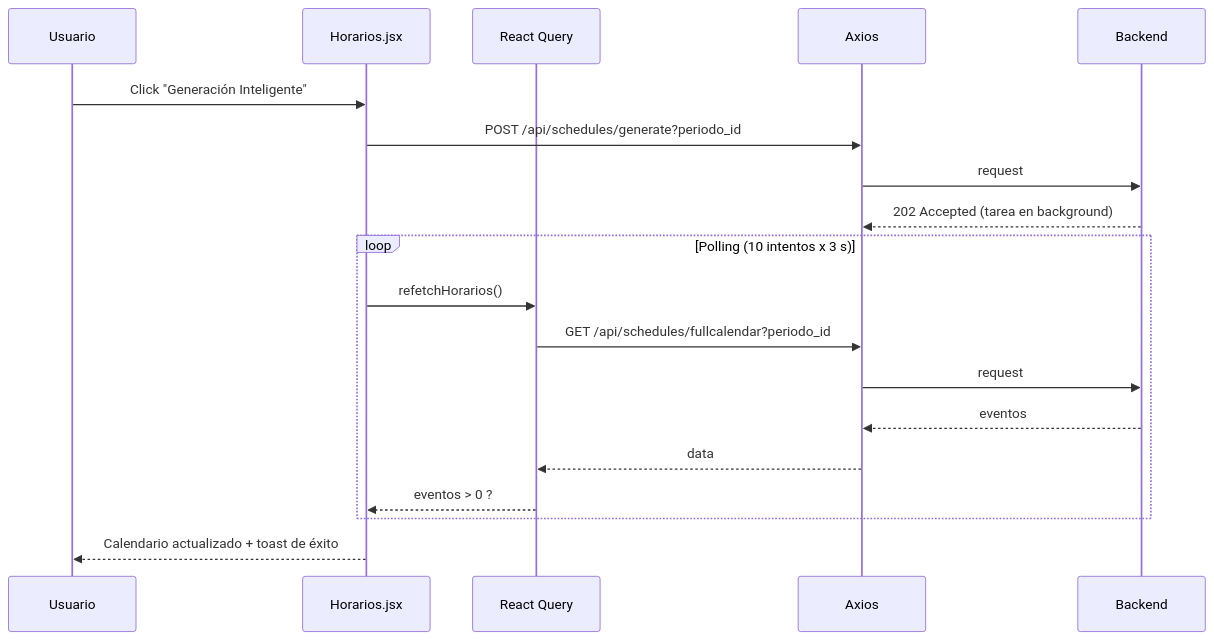
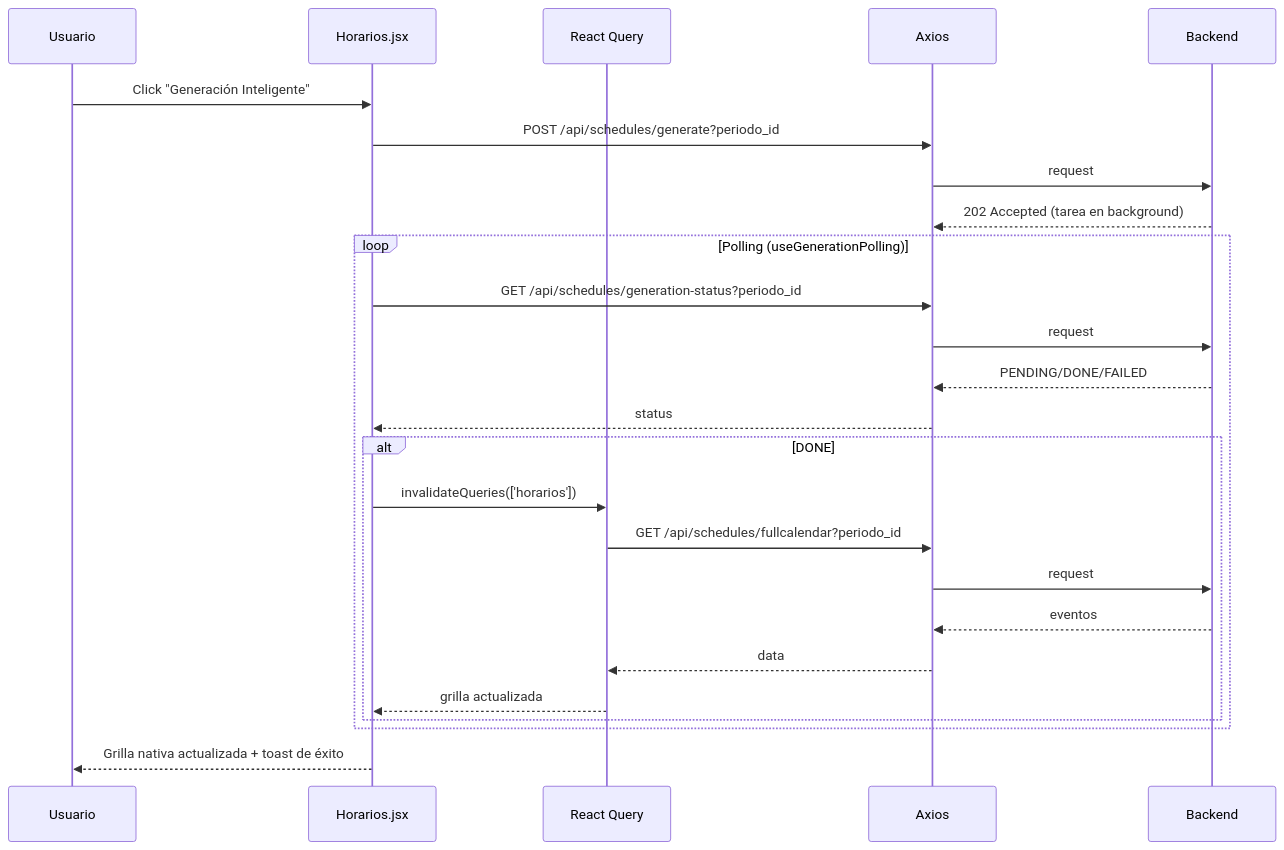
One commit to Ozsourcecode19/UPT_horarios changed the sixth of 6 diagrams in SDD.md. Above: the diagram before and after it, drawn with Mermaid. The commit also changed other lines of this file and 24 other files, not shown here.

````diff
--- a/SDD.md
+++ b/SDD.md
@@ -569,21 +581,27 @@
 ```mermaid
 sequenceDiagram
     participant U as Usuario
     participant H as Horarios.jsx
     participant Q as React Query
     participant A as Axios
     participant B as Backend
     U->>H: Click "Generación Inteligente"
     H->>A: POST /api/schedules/generate?periodo_id
     A->>B: request
     B-->>A: 202 Accepted (tarea en background)
-    loop Polling (10 intentos x 3 s)
-        H->>Q: refetchHorarios()
-        Q->>A: GET /api/schedules/fullcalendar?periodo_id
+    loop Polling (useGenerationPolling)
+        H->>A: GET /api/schedules/generation-status?periodo_id
         A->>B: request
-        B-->>A: eventos
-        A-->>Q: data
-        Q-->>H: eventos > 0 ?
+        B-->>A: PENDING/DONE/FAILED
+        A-->>H: status
+        alt DONE
+            H->>Q: invalidateQueries(['horarios'])
+            Q->>A: GET /api/schedules/fullcalendar?periodo_id
+            A->>B: request
+            B-->>A: eventos
+            A-->>Q: data
+            Q-->>H: grilla actualizada
+        end
     end
-    H-->>U: Calendario actualizado + toast de éxito
+    H-->>U: Grilla nativa actualizada + toast de éxito
 ```
````
